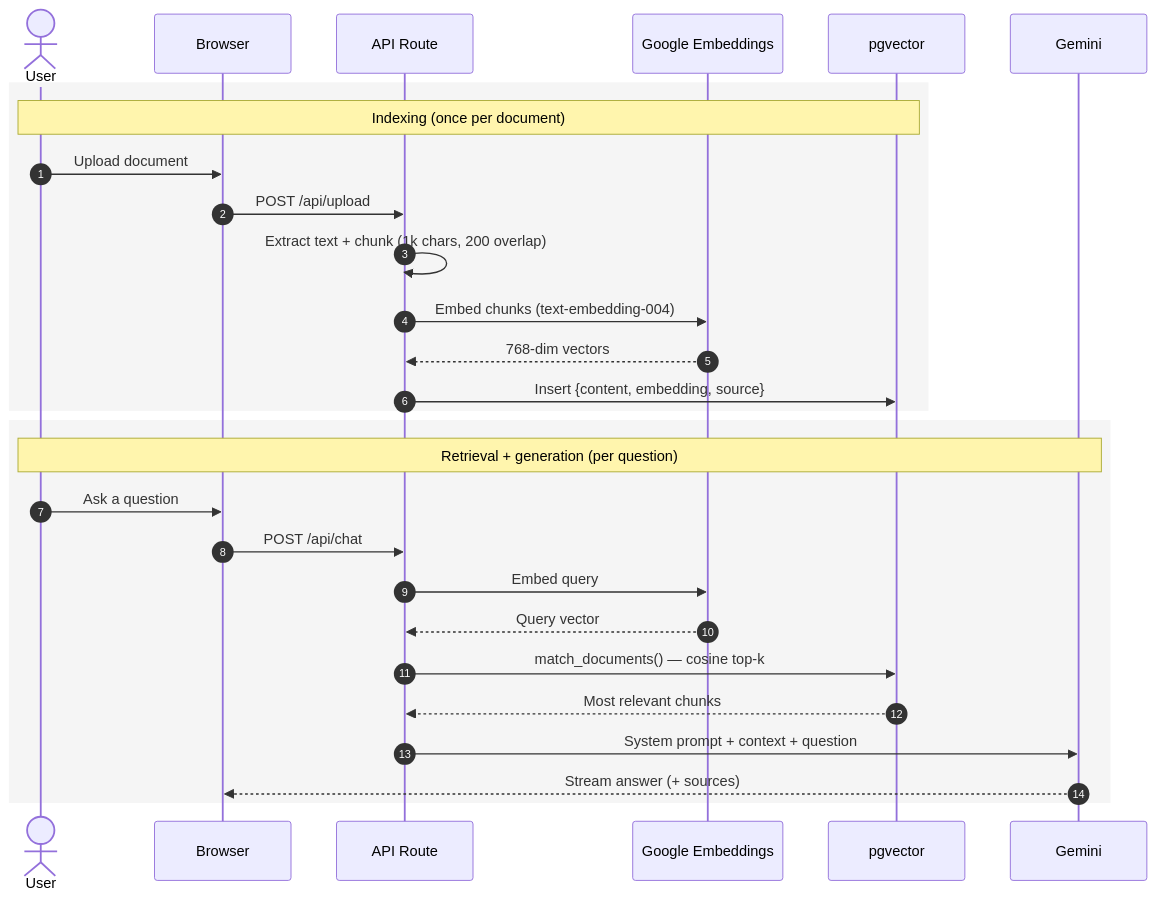
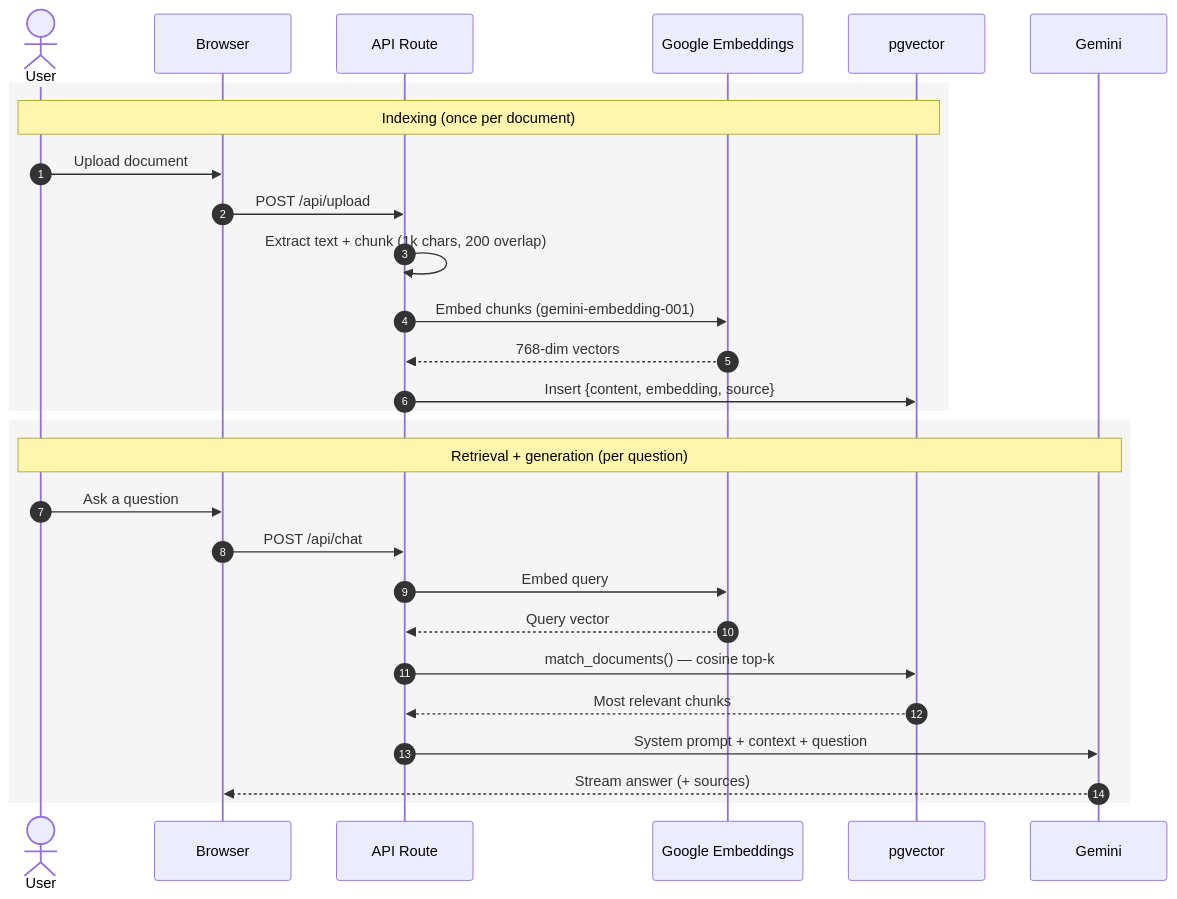
One commit to prem-maradiya/ai-chatbot-for-document changed the second of 2 diagrams in README.md. Above: the diagram before and after it, drawn with Mermaid. The commit also changed other lines of this file and 3 other files, not shown here.

Commit message:
Use gemini-embedding-001 (768-dim) and gemini-2.5-flash; fixes free-tier model availability

````diff
--- a/README.md
+++ b/README.md
@@ -84,32 +84,32 @@
 ```mermaid
 sequenceDiagram
     autonumber
     actor User
     participant UI as Browser
     participant API as API Route
     participant Embed as Google Embeddings
     participant DB as pgvector
     participant Gemini
 
     rect rgb(245, 245, 245)
     note over User,DB: Indexing (once per document)
     User->>UI: Upload document
     UI->>API: POST /api/upload
     API->>API: Extract text + chunk (1k chars, 200 overlap)
-    API->>Embed: Embed chunks (text-embedding-004)
+    API->>Embed: Embed chunks (gemini-embedding-001)
     Embed-->>API: 768-dim vectors
     API->>DB: Insert {content, embedding, source}
     end
 
     rect rgb(245, 245, 245)
     note over User,Gemini: Retrieval + generation (per question)
     User->>UI: Ask a question
     UI->>API: POST /api/chat
     API->>Embed: Embed query
     Embed-->>API: Query vector
     API->>DB: match_documents() — cosine top-k
     DB-->>API: Most relevant chunks
     API->>Gemini: System prompt + context + question
     Gemini-->>UI: Stream answer (+ sources)
     end
 ```
````
